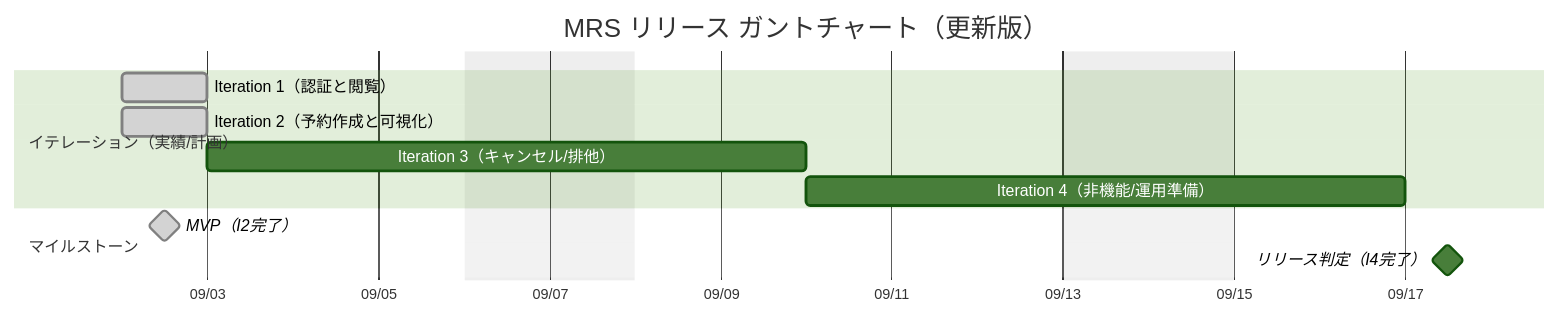
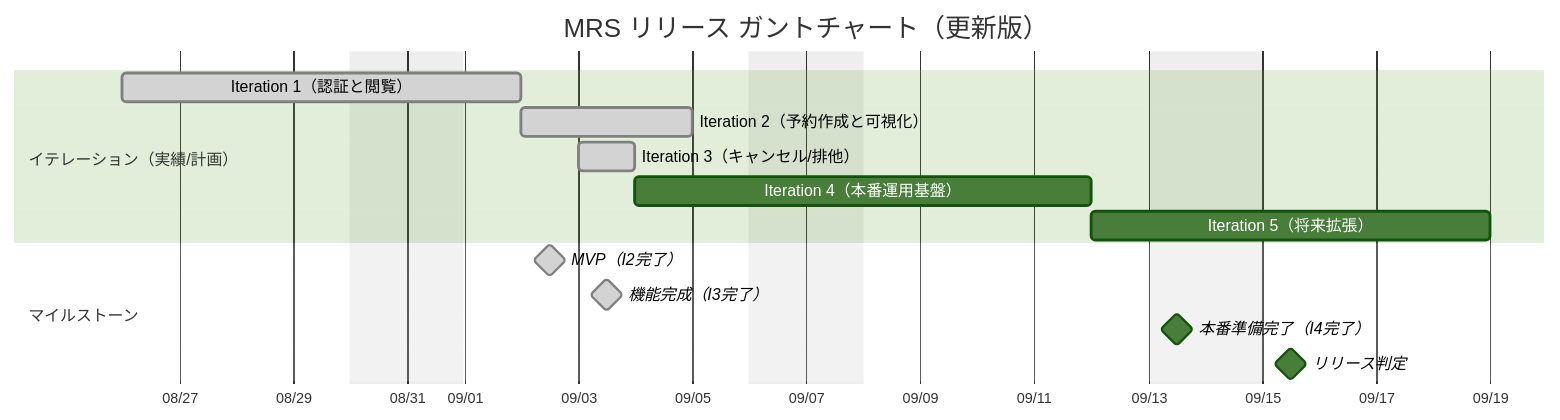
Before and after one commit to k2works/ai-programing-exercise: the first of 2 diagrams in docs/requirements/リリース計画.md, drawn with Mermaid (forest theme). The commit also changed other lines of this file, not shown here.

````diff
--- a/docs/requirements/リリース計画.md
+++ b/docs/requirements/リリース計画.md
@@ -15,17 +15,20 @@
 ```mermaid
 gantt
   title MRS リリース ガントチャート（更新版）
   dateFormat  YYYY-MM-DD
   axisFormat  %m/%d
   excludes    weekends
 
   section イテレーション（実績/計画）
-  Iteration 1（認証と閲覧）       :done, i1, 2025-09-02, 1d
-  Iteration 2（予約作成と可視化） :done, i2, 2025-09-02, 1d
-  Iteration 3（キャンセル/排他）  :i3, 2025-09-03, 5d
-  Iteration 4（非機能/運用準備）  :i4, after i3, 5d
+  Iteration 1（認証と閲覧）       :done, i1, 2025-08-26, 5d
+  Iteration 2（予約作成と可視化） :done, i2, 2025-09-02, 3d
+  Iteration 3（キャンセル/排他）  :done, i3, 2025-09-03, 1d
+  Iteration 4（本番運用基盤）     :i4, 2025-09-04, 6d
+  Iteration 5（将来拡張）         :i5, after i4, 5d
 
   section マイルストーン
   MVP（I2完了）                  :milestone, done, m1, 2025-09-02, 1d
-  リリース判定（I4完了）          :milestone, m2, after i4, 1d
+  機能完成（I3完了）              :milestone, done, m2, 2025-09-03, 1d
+  本番準備完了（I4完了）          :milestone, m3, after i4, 1d
+  リリース判定                   :milestone, m4, after m3, 1d
 ```
````
